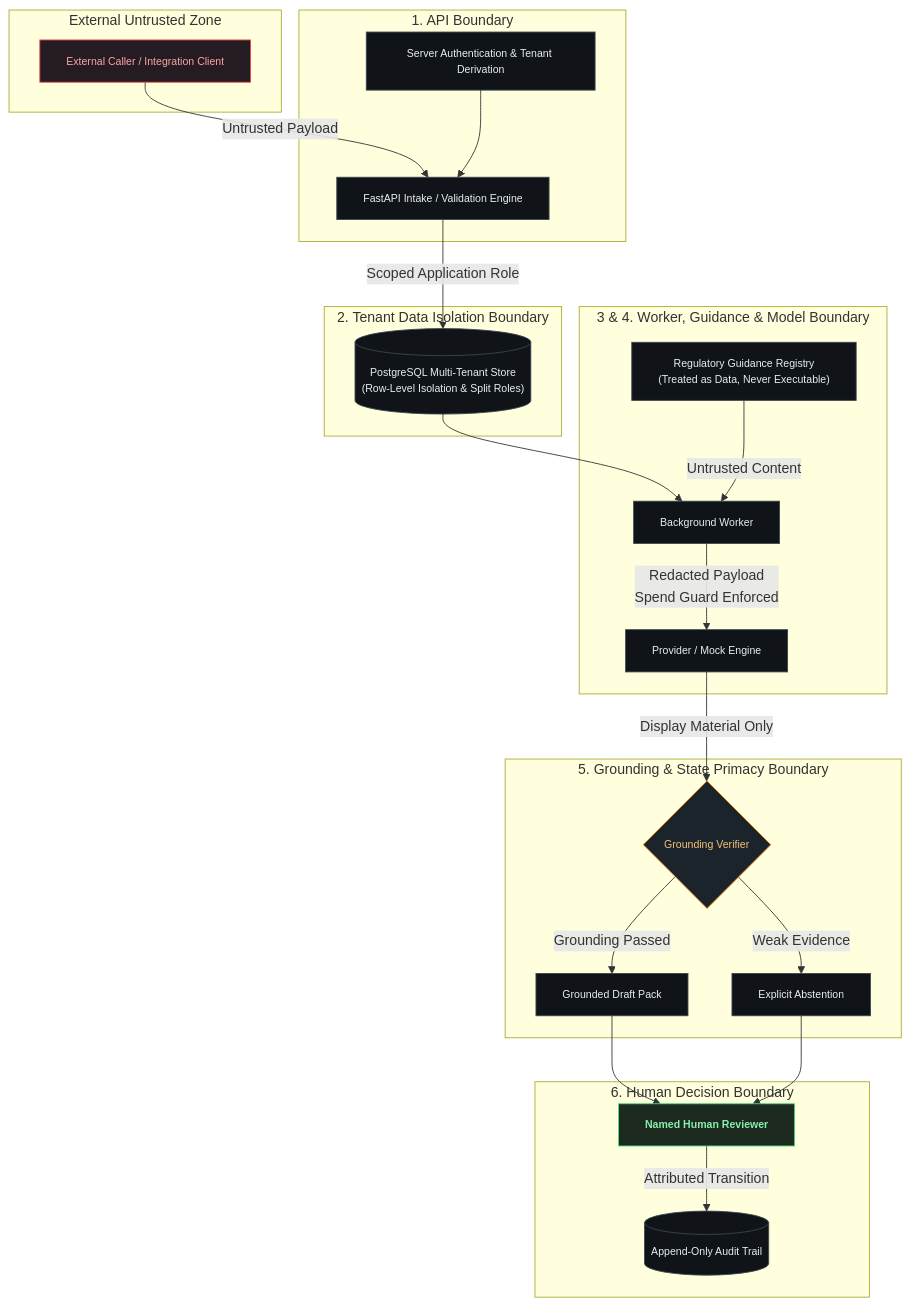
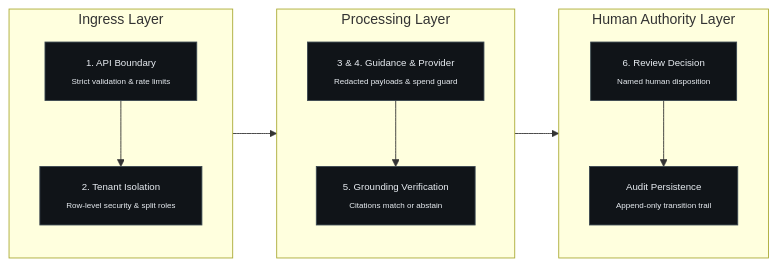
The diagram in THREAT-MODEL.md (jeevesh2515/finsentinel-case-study), drawn with Mermaid before and after one commit. The commit also changed 3 other files, not shown here.

Commit message:
docs: optimize Mermaid diagrams for single-window mobile and desktop view

````diff
--- a/THREAT-MODEL.md
+++ b/THREAT-MODEL.md
@@ -16,42 +16,28 @@
 ```mermaid
-flowchart TD
-    subgraph External["External Untrusted Zone"]
-        CLIENT["External Caller / Integration Client"]
+flowchart LR
+    subgraph Ingress["Ingress Layer"]
+        direction TB
+        T1["1. API Boundary<br/><sub>Strict validation & rate limits</sub>"]
+        T2["2. Tenant Isolation<br/><sub>Row-level security & split roles</sub>"]
+        T1 --> T2
     end
 
-    subgraph B1["1. API Boundary"]
-        CLIENT -->|Untrusted Payload| API["FastAPI Intake / Validation Engine"]
-        AUTH["Server Authentication & Tenant Derivation"] --> API
+    subgraph Engine["Processing Layer"]
+        direction TB
+        T3["3 & 4. Guidance & Provider<br/><sub>Redacted payloads & spend guard</sub>"]
+        T5["5. Grounding Verification<br/><sub>Citations match or abstain</sub>"]
+        T3 --> T5
     end
 
-    subgraph B2["2. Tenant Data Isolation Boundary"]
-        API -->|Scoped Application Role| DB[("PostgreSQL Multi-Tenant Store\n(Row-Level Isolation & Split Roles)")]
+    subgraph Authority["Human Authority Layer"]
+        direction TB
+        T6["6. Review Decision<br/><sub>Named human disposition</sub>"]
+        T7["Audit Persistence<br/><sub>Append-only transition trail</sub>"]
+        T6 --> T7
     end
 
-    subgraph B34["3 & 4. Worker, Guidance & Model Boundary"]
-        DB --> WORKER["Background Worker"]
-        REGISTRY["Regulatory Guidance Registry\n(Treated as Data, Never Executable)"] -->|Untrusted Content| WORKER
-        WORKER -->|Redacted Payload\nSpend Guard Enforced| MODEL["Provider / Mock Engine"]
-    end
+    Ingress --> Engine --> Authority
 
-    subgraph B5["5. Grounding & State Primacy Boundary"]
-        MODEL -->|Display Material Only| GROUND{"Grounding Verifier"}
-        GROUND -->|Grounding Passed| PACK["Grounded Draft Pack"]
-        GROUND -->|Weak Evidence| ABSTAIN["Explicit Abstention"]
-    end
-
-    subgraph B6["6. Human Decision Boundary"]
-        PACK --> HUMAN["Named Human Reviewer"]
-        ABSTAIN --> HUMAN
-        HUMAN -->|Attributed Transition| AUDIT[("Append-Only Audit Trail")]
-    end
-
-    classDef default fill:#101418,stroke:#3a4750,color:#e8edf2,font-size:12px;
-    classDef alert fill:#241c22,stroke:#ef4444,color:#fca5a5;
-    classDef safe fill:#1d2a1f,stroke:#4ade80,color:#86efac,font-weight:bold;
-    classDef boundary fill:#1b232b,stroke:#d97706,color:#f5c17a;
-
-    class CLIENT alert;
-    class HUMAN safe;
-    class GROUND boundary;
+    classDef box fill:#101418,stroke:#3a4750,color:#e8edf2,font-size:11px;
+    class T1,T2,T3,T5,T6,T7 box;
 ```
````
